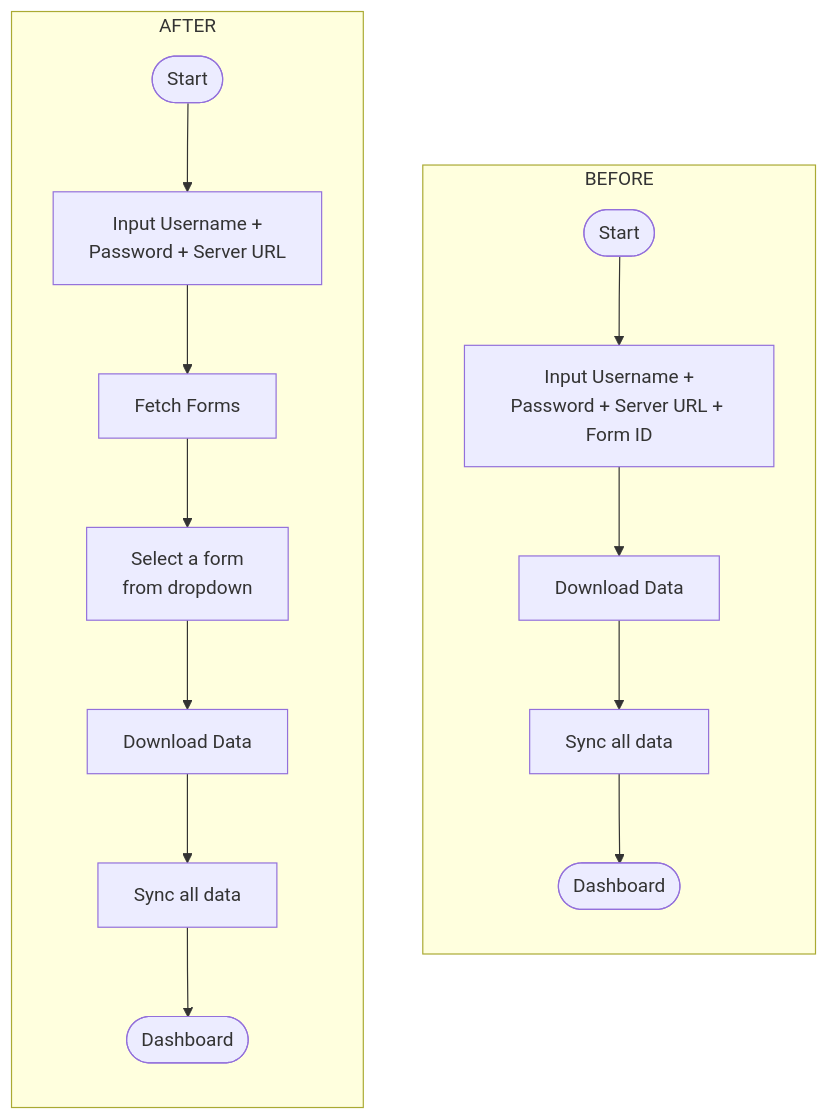
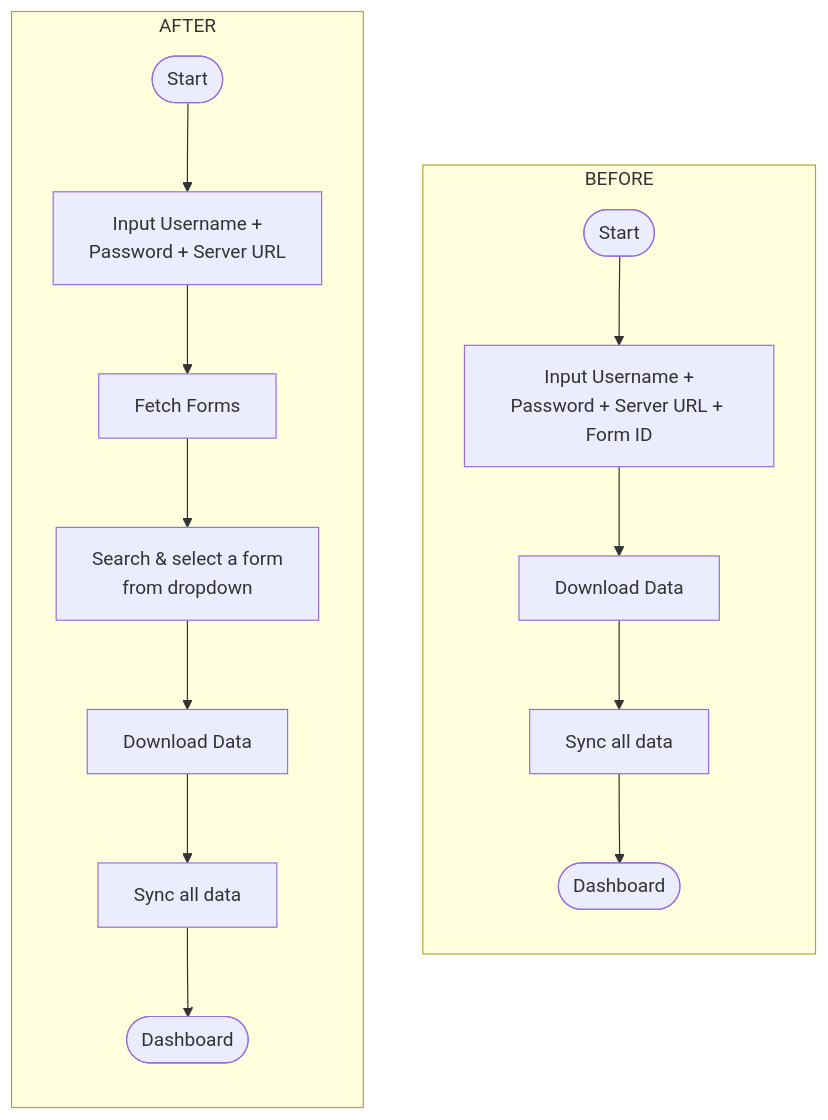
One commit to akvo/african-bamboo-odk-external-validations changed the diagram in docs/asset-dropdown-login.md. Above: the diagram before and after it, drawn with Mermaid. The commit also changed other lines of this file, not shown here.

````diff
--- a/docs/asset-dropdown-login.md
+++ b/docs/asset-dropdown-login.md
@@ -7,20 +7,20 @@
 ```mermaid
 flowchart TB
     subgraph Before["BEFORE"]
         direction TB
         B1([Start]) --> B2[Input Username +<br/>Password + Server URL + Form ID]
         B2 --> B3[Download Data]
         B3 --> B4[Sync all data]
         B4 --> B5([Dashboard])
     end
 
     subgraph After["AFTER"]
         direction TB
         A1([Start]) --> A2[Input Username +<br/>Password + Server URL]
         A2 --> A3[Fetch Forms]
-        A3 --> A4[Select a form<br/>from dropdown]
+        A3 --> A4[Search & select a form<br/>from dropdown]
         A4 --> A5[Download Data]
         A5 --> A6[Sync all data]
         A6 --> A7([Dashboard])
     end
 ```
````
